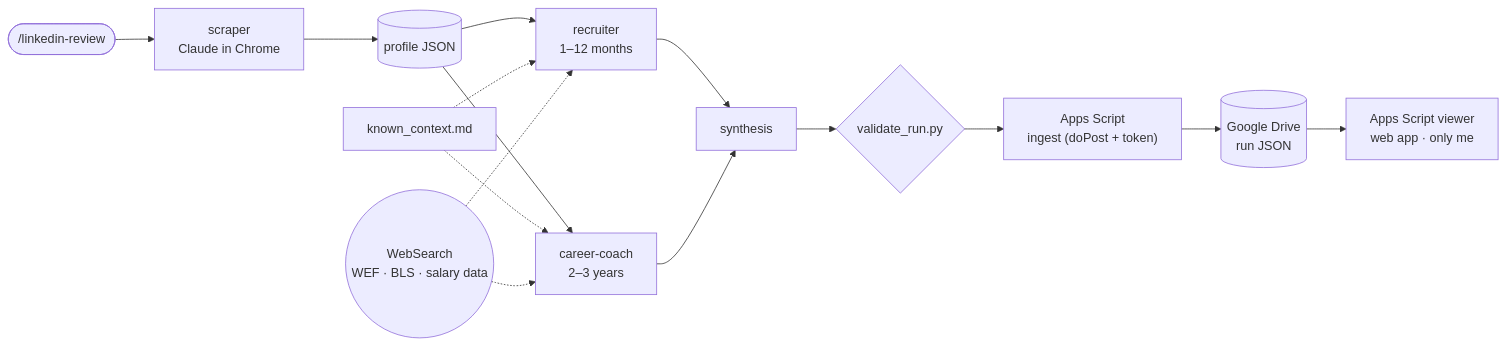
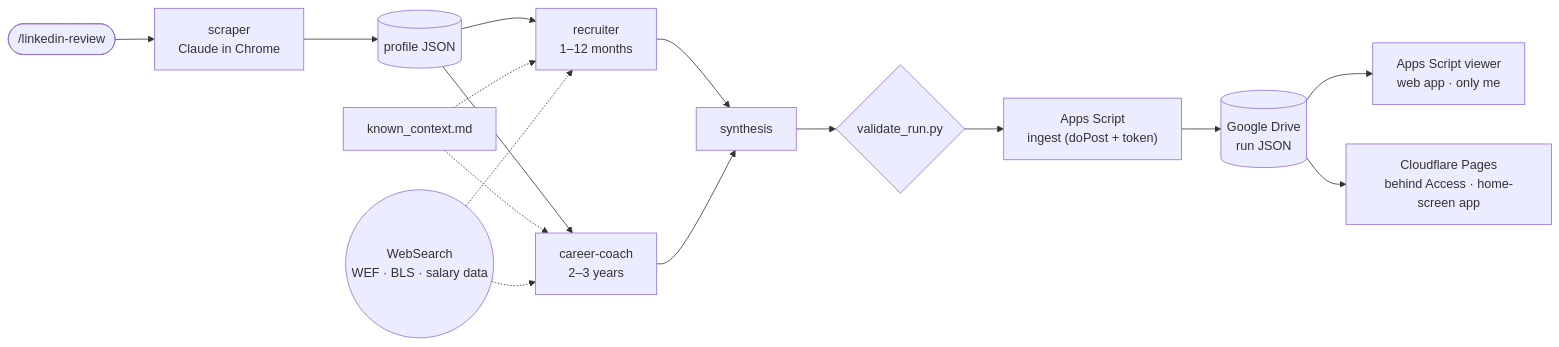
One commit to felipecastro-data/multi-agent-linkedin-profile-review changed the diagram in README.md. Above: the diagram before and after it, drawn with Mermaid. The commit also changed other lines of this file and 14 other files, not shown here.

First line of the commit message:
Host the viewer on Cloudflare Pages with Access for an iPhone home-screen icon

````diff
--- a/README.md
+++ b/README.md
@@ -38,15 +38,16 @@
 ```mermaid
 flowchart LR
     U(["/linkedin-review"]) --> S["scraper<br/>Claude in Chrome"]
     S --> P[("profile JSON")]
     P --> R["recruiter<br/>1–12 months"]
     P --> C["career-coach<br/>2–3 years"]
     K["known_context.md"] -.-> R & C
     W(("WebSearch<br/>WEF · BLS · salary data")) -.-> R & C
     R --> Y["synthesis"]
     C --> Y
     Y --> V{"validate_run.py"}
     V --> I["Apps Script<br/>ingest (doPost + token)"]
     I --> D[("Google Drive<br/>run JSON")]
     D --> A["Apps Script viewer<br/>web app · only me"]
+    D --> F["Cloudflare Pages<br/>behind Access · home-screen app"]
 ```
````
